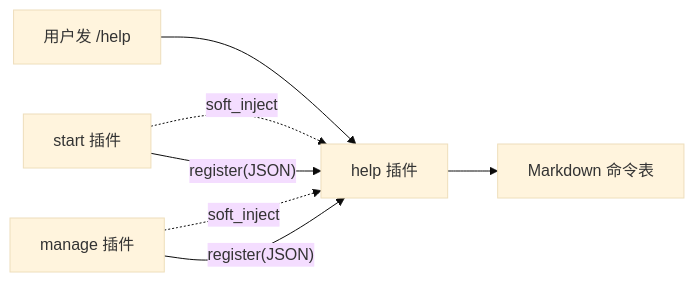
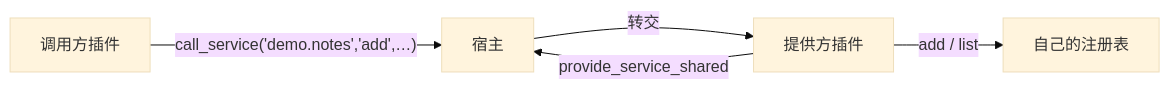
One commit to CatMoeCircle/FuyuBot-docs changed the diagram in llms.mdx/docs/plugin/linkage/content.md. Above: the diagram before and after it, drawn with Mermaid (base theme). The commit also changed other lines of this file and 285 other files, not shown here.

````diff
--- a/llms.mdx/docs/plugin/linkage/content.md
+++ b/llms.mdx/docs/plugin/linkage/content.md
@@ -35,9 +27,7 @@
 ```mermaid
 flowchart LR
-  U["用户发 /help"] --> H["help 插件"]
-  H --> T["Markdown 命令表"]
-  S["start 插件"] -.->|"soft_inject"| H
-  M["manage 插件"] -.->|"soft_inject"| H
-  S -->|"register(JSON)"| H
-  M -->|"register(JSON)"| H
+  U["调用方插件"] -->|"call_service('demo.notes','add',…)"| H["宿主"]
+  H -->|"转交"| P["提供方插件"]
+  P -->|"provide_service_shared"| H
+  P -->|"add / list"| R["自己的注册表"]
 ```
````
